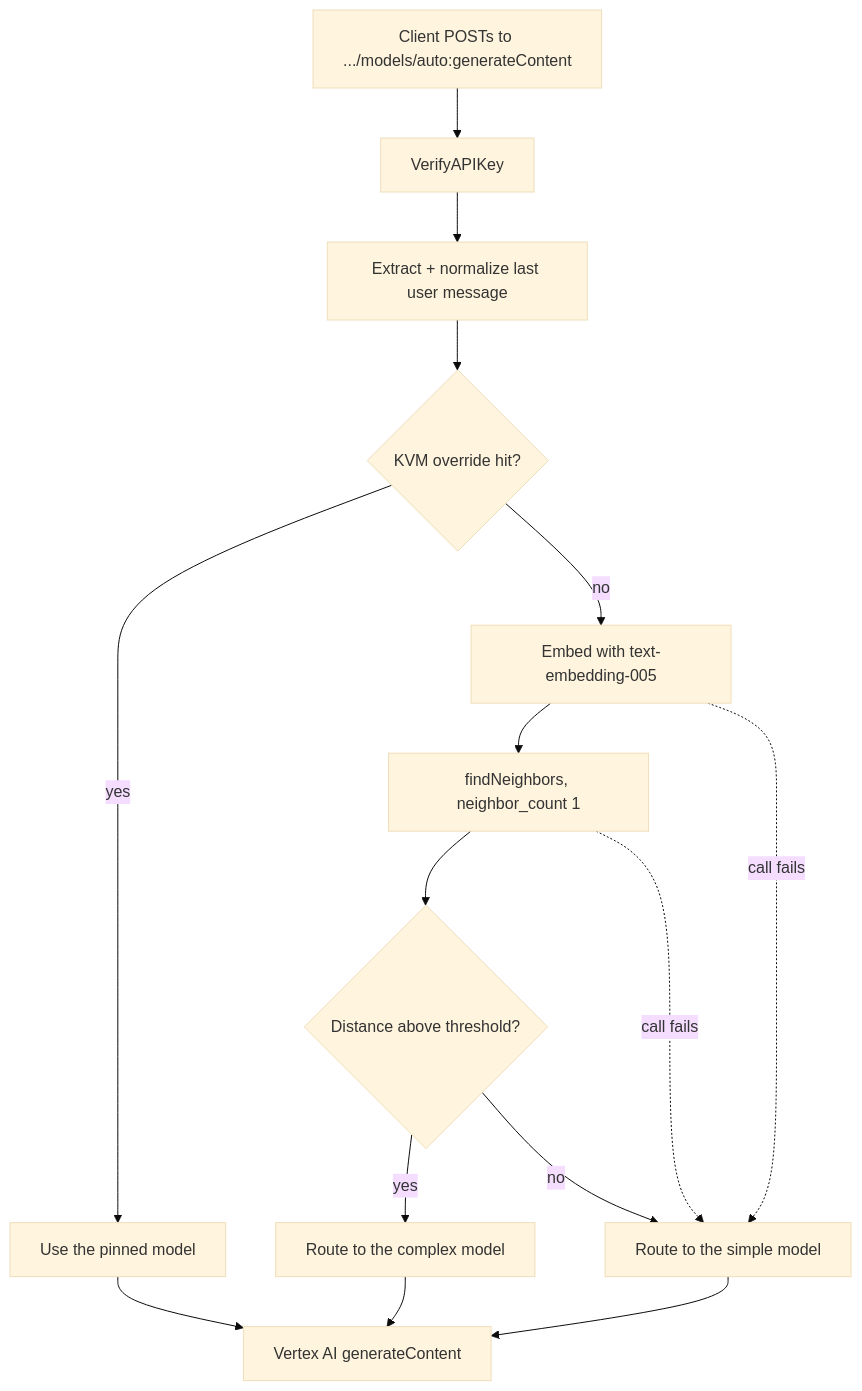
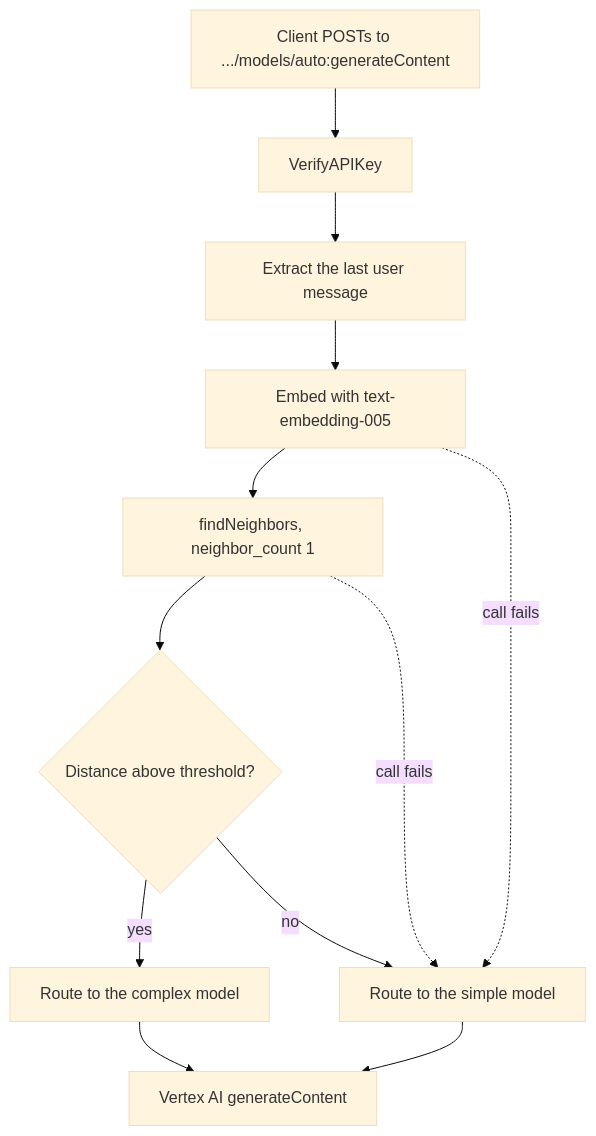
One commit to apigeek3000/apigee-samples changed the diagram in llm-intelligent-routing/README.md. Above: the diagram before and after it, drawn with Mermaid (base theme). The commit also changed other lines of this file and 8 other files, not shown here.

````diff
--- a/llm-intelligent-routing/README.md
+++ b/llm-intelligent-routing/README.md
@@ -15,17 +15,14 @@
 ```mermaid
 flowchart TD
     A[Client POSTs to .../models/auto:generateContent] --> B[VerifyAPIKey]
-    B --> C[Extract + normalize last user message]
-    C --> D{KVM override hit?}
-    D -- yes --> H[Use the pinned model]
-    D -- no --> E[Embed with text-embedding-005]
+    B --> C[Extract the last user message]
+    C --> E[Embed with text-embedding-005]
     E --> F[findNeighbors, neighbor_count 1]
     F --> G{Distance above threshold?}
     G -- yes --> I[Route to the complex model]
     G -- no --> J[Route to the simple model]
     E -. call fails .-> J
     F -. call fails .-> J
-    H --> K[Vertex AI generateContent]
-    I --> K
+    I --> K[Vertex AI generateContent]
     J --> K
 ```
````
